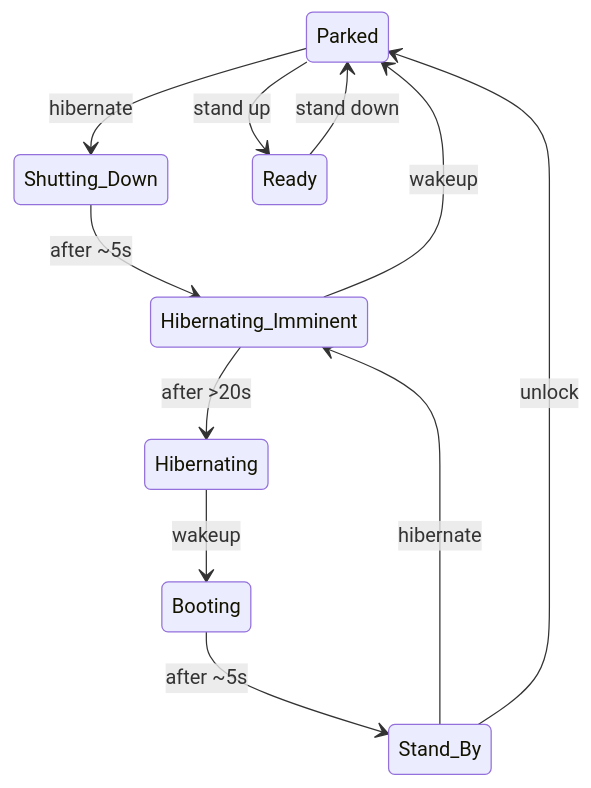
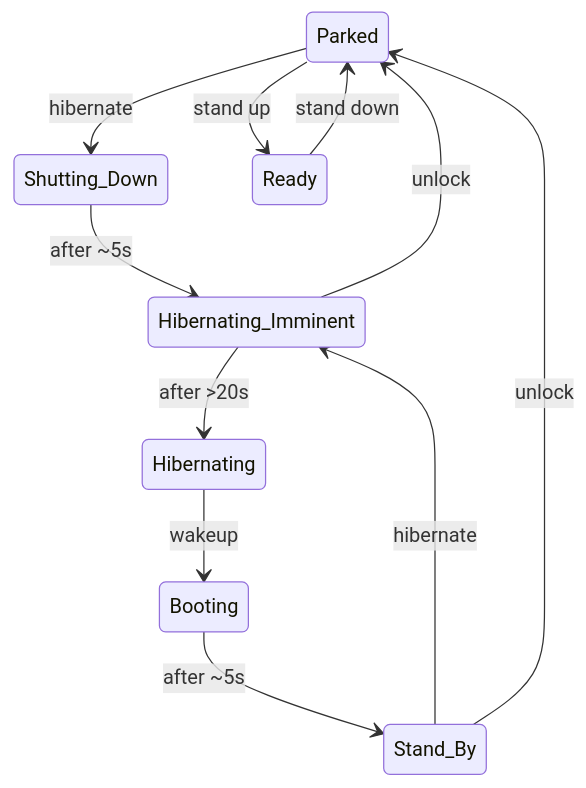
The diagram in README.md (reunu/tech-reference), drawn with Mermaid before and after one commit.

Commit message:
Fix transition

````diff
--- a/README.md
+++ b/README.md
@@ -39,13 +39,13 @@
 ```mermaid
 stateDiagram-v2
     Parked --> Shutting_Down: hibernate
     Parked --> Ready: stand up
     Ready --> Parked: stand down
     Shutting_Down --> Hibernating_Imminent: after ~5s
     Stand_By --> Hibernating_Imminent: hibernate
-    Hibernating_Imminent --> Parked: wakeup
+    Hibernating_Imminent --> Parked: unlock
     Hibernating_Imminent --> Hibernating: after >20s
     Hibernating --> Booting: wakeup
     Booting --> Stand_By: after ~5s
     Stand_By --> Parked: unlock
 ```
````
